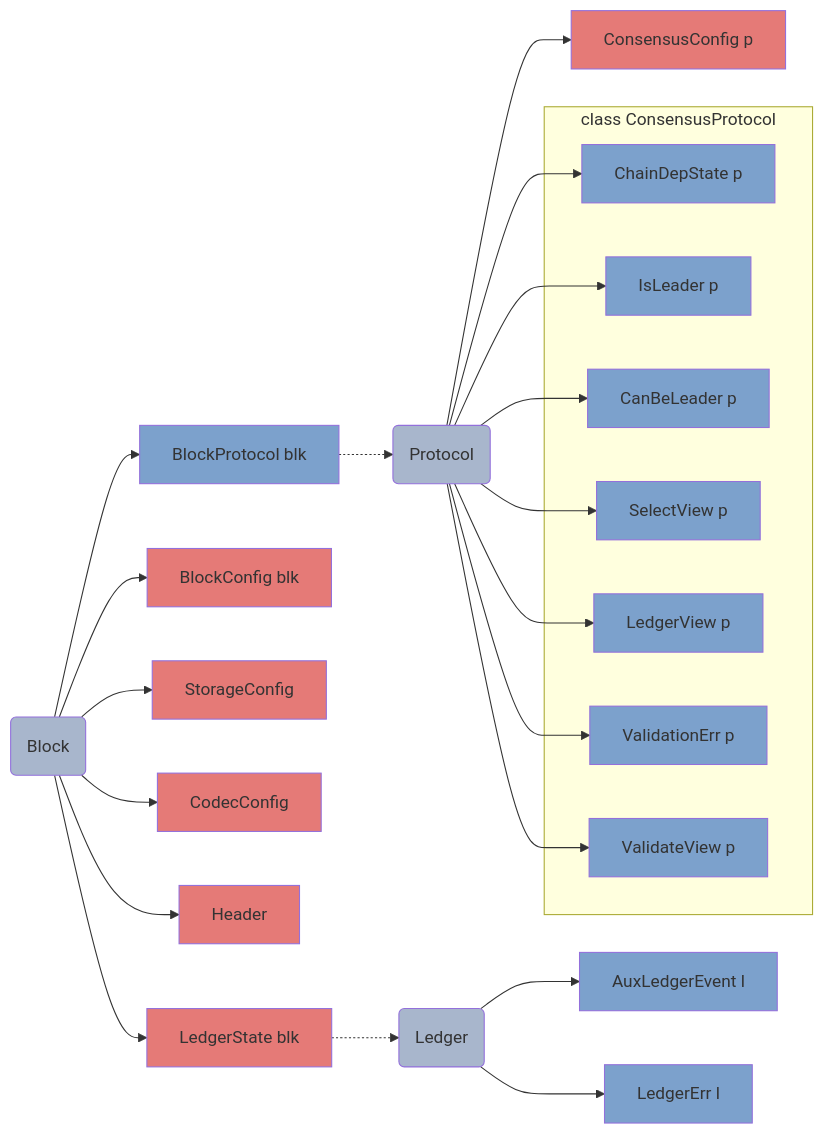
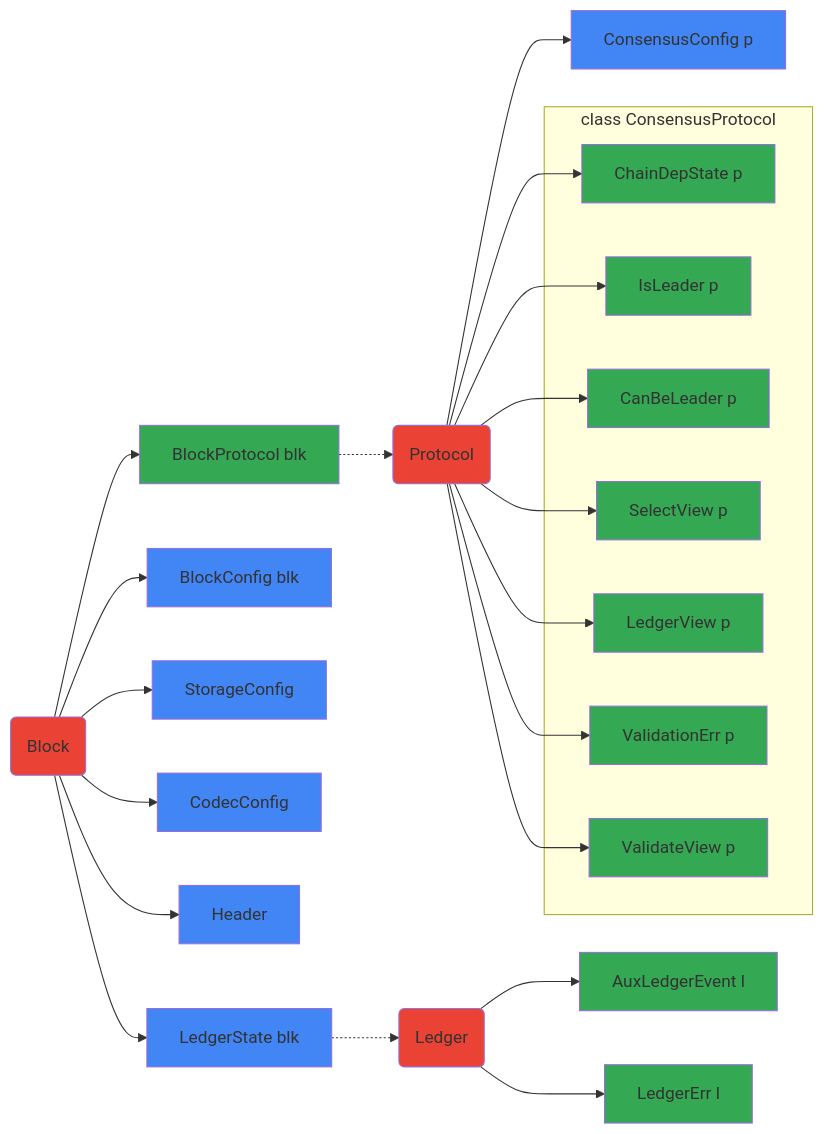
One commit to IntersectMBO/ouroboros-network changed the second of 2 diagrams in newdocs/test.md. Above: the diagram before and after it, drawn with Mermaid. The commit also changed other lines of this file, not shown here.

Commit message:
Update colors

````diff
--- a/newdocs/test.md
+++ b/newdocs/test.md
@@ -12,41 +12,41 @@
 ```mermaid
 flowchart LR;
 
-  classDef df fill:#E57A77;
-  classDef tf fill:#7CA1CC;
-  classDef kind fill:#A8B6CC;
+  classDef df fill:#4285F4;
+  classDef tf fill:#34A853;
+  classDef kind fill:#EA4335;
 
   Block(Block)-->BlockProtocol[BlockProtocol blk]; class Block kind;
   BlockProtocol[BlockProtocol blk]-.->Protocol(Protocol); class BlockProtocol tf;
   Block-->BlockConfig[BlockConfig blk]; class BlockConfig df
   Block-->StorageConfig; class StorageConfig df
   Block-->CodecConfig; class CodecConfig df
   Block-->Header; class Header df
   Ledger(Ledger); class Ledger kind
   Block-->LedgerState[LedgerState blk]; class LedgerState df;
 
   LedgerState-.->Ledger
   Ledger-->AuxLedgerEvent[AuxLedgerEvent l]; class AuxLedgerEvent tf
   Ledger-->LedgerErr[LedgerErr l]; class LedgerErr tf
 
   Protocol(Protocol); class Protocol kind
   ConsensusConfig; class ConsensusConfig df
   Protocol-->ConsensusConfig[ConsensusConfig p];
   subgraph ConsensusProtocol[class ConsensusProtocol]
     ChainDepState[ChainDepState p]; class ChainDepState tf
     IsLeader[IsLeader p]; class IsLeader tf
     CanBeLeader[CanBeLeader p]; class CanBeLeader tf
     SelectView[SelectView p]; class SelectView tf
     LedgerView[LedgerView p]; class LedgerView tf
     ValidationErr[ValidationErr p]; class ValidationErr tf
     ValidateView[ValidateView p]; class ValidateView tf
   end
   Protocol-->ChainDepState
   Protocol-->IsLeader[IsLeader p]
   Protocol-->CanBeLeader[CanBeLeader p]
   Protocol-->SelectView[SelectView p]
   Protocol-->LedgerView[LedgerView p]
   Protocol-->ValidationErr[ValidationErr p]
   Protocol-->ValidateView[ValidateView p]
 
 ```
````
